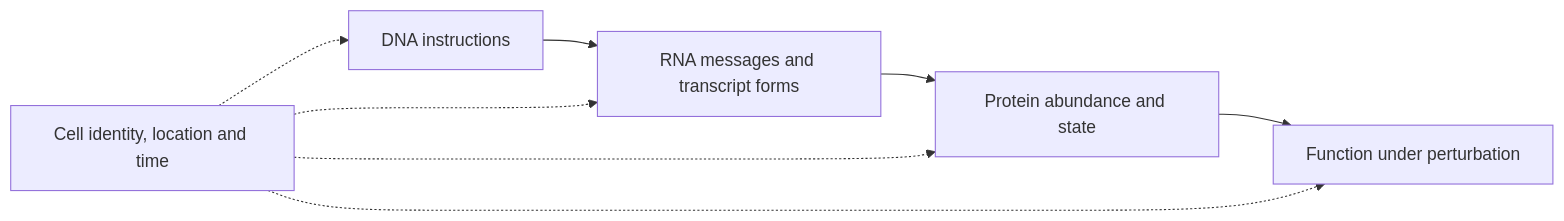
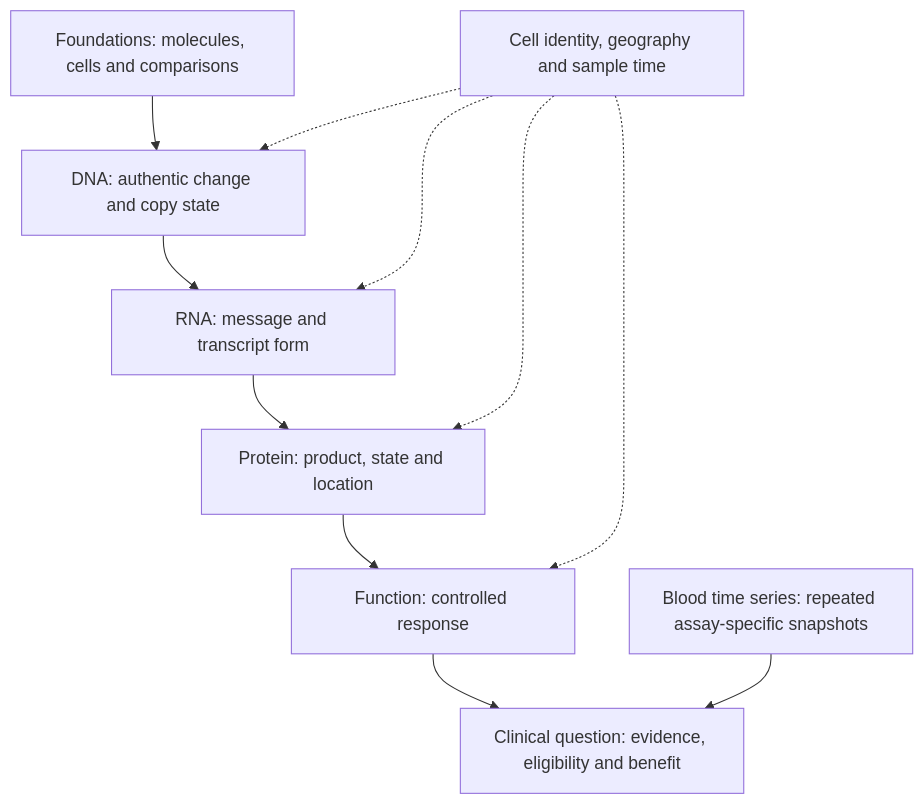
Before and after one commit to jasonLaster/oncoguide: the diagram in wiki/education/reading-a-tumor/omics-and-multi-omics.md, drawn with Mermaid. The commit also changed other lines of this file and 219 other files, not shown here.

````diff
--- a/wiki/education/reading-a-tumor/omics-and-multi-omics.md
+++ b/wiki/education/reading-a-tumor/omics-and-multi-omics.md
@@ -27,10 +32,13 @@
 ```mermaid
-flowchart LR
-  D[DNA instructions] --> R[RNA messages and transcript forms]
-  R --> P[Protein abundance and state]
-  P --> F[Function under perturbation]
-  C[Cell identity, location and time] -.-> D
-  C -.-> R
-  C -.-> P
-  C -.-> F
+flowchart TD
+  A["Foundations: molecules, cells and comparisons"] --> B["DNA: authentic change and copy state"]
+  B --> C["RNA: message and transcript form"]
+  C --> D["Protein: product, state and location"]
+  D --> E["Function: controlled response"]
+  S["Cell identity, geography and sample time"] -.-> B
+  S -.-> C
+  S -.-> D
+  S -.-> E
+  E --> Q["Clinical question: evidence, eligibility and benefit"]
+  T["Blood time series: repeated assay-specific snapshots"] --> Q
 ```
````
